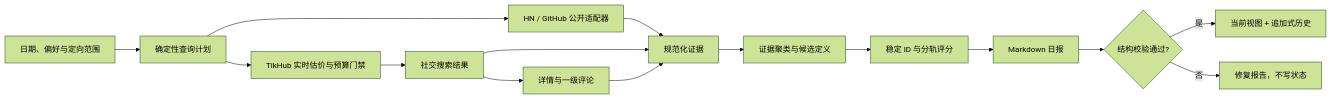
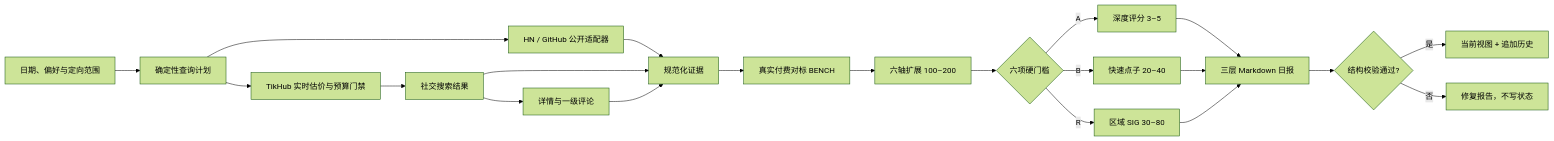
Before and after one commit to Snychng/ai-opportunity-radar: the diagram in README.md, drawn with Mermaid (forest theme). The commit also changed other lines of this file and 27 other files, not shown here.

````diff
--- a/README.md
+++ b/README.md
@@ -38,17 +44,23 @@
 ```mermaid
 flowchart LR
     A["日期、偏好与定向范围"] --> B["确定性查询计划"]
     B --> C["HN / GitHub 公开适配器"]
     B --> D["TikHub 实时估价与预算门禁"]
     C --> E["规范化证据"]
     D --> F["社交搜索结果"]
     F --> G["详情与一级评论"]
     F --> E
     G --> E
-    E --> H["证据聚类与候选定义"]
-    H --> I["稳定 ID 与分轨评分"]
-    I --> J["Markdown 日报"]
-    J --> K{"结构校验通过?"}
-    K -->|是| L["当前视图 + 追加式历史"]
-    K -->|否| M["修复报告，不写状态"]
+    E --> H["真实付费对标 BENCH"]
+    H --> I["六轴扩展 100–200"]
+    I --> J{"六项硬门槛"}
+    J -->|A| K["深度评分 3–5"]
+    J -->|B| L["快速点子 20–40"]
+    J -->|R| M["区域 SIG 30–80"]
+    K --> N["三层 Markdown 日报"]
+    L --> N
+    M --> N
+    N --> O{"结构校验通过?"}
+    O -->|是| P["当前视图 + 追加历史"]
+    O -->|否| Q["修复报告，不写状态"]
 ```
````
